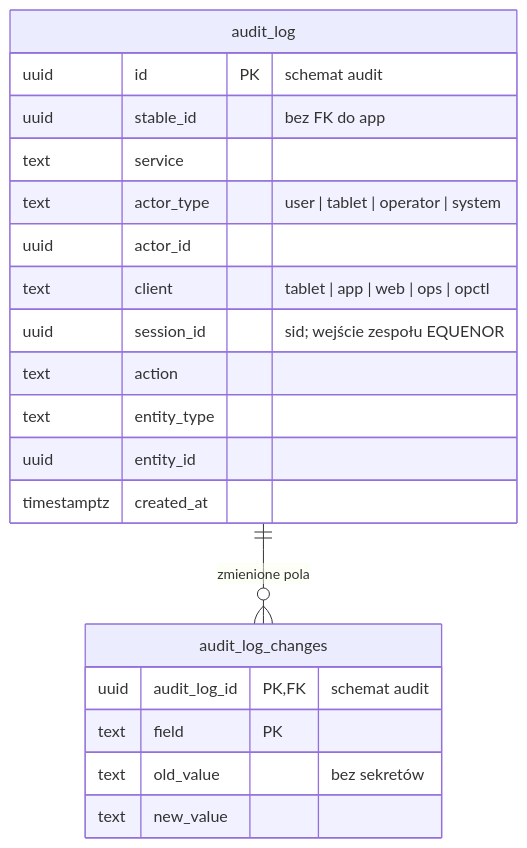
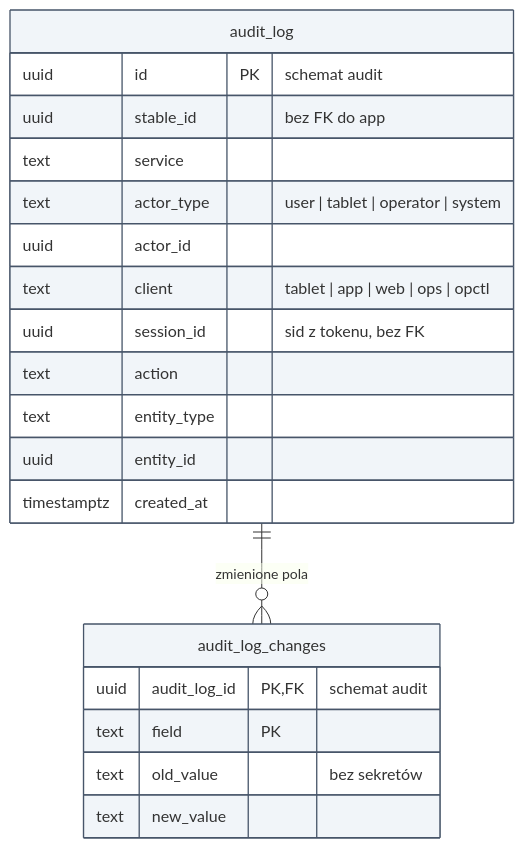
The second of 2 diagrams in docs/erd.md (ClewlerStudent/KonskaAppka), drawn with Mermaid before and after one commit. The commit also changed other lines of this file and 9 other files, not shown here.

````diff
--- a/docs/erd.md
+++ b/docs/erd.md
@@ -990,23 +962,25 @@
 ```mermaid
 erDiagram
     audit_log {
         uuid id PK "schemat audit"
         uuid stable_id "bez FK do app"
         text service
         text actor_type "user | tablet | operator | system"
         uuid actor_id
         text client "tablet | app | web | ops | opctl"
-        uuid session_id "sid; wejście zespołu EQUENOR"
+        uuid session_id "sid z tokenu, bez FK"
         text action
         text entity_type
         uuid entity_id
         timestamptz created_at
     }
     audit_log_changes {
         uuid audit_log_id PK, FK "schemat audit"
         text field PK
         text old_value "bez sekretów"
         text new_value
     }
     audit_log ||--o{ audit_log_changes : "zmienione pola"
+    classDef svc_platform fill:#f1f5f9,stroke:#475569
+    class audit_log,audit_log_changes svc_platform
 ```
````
